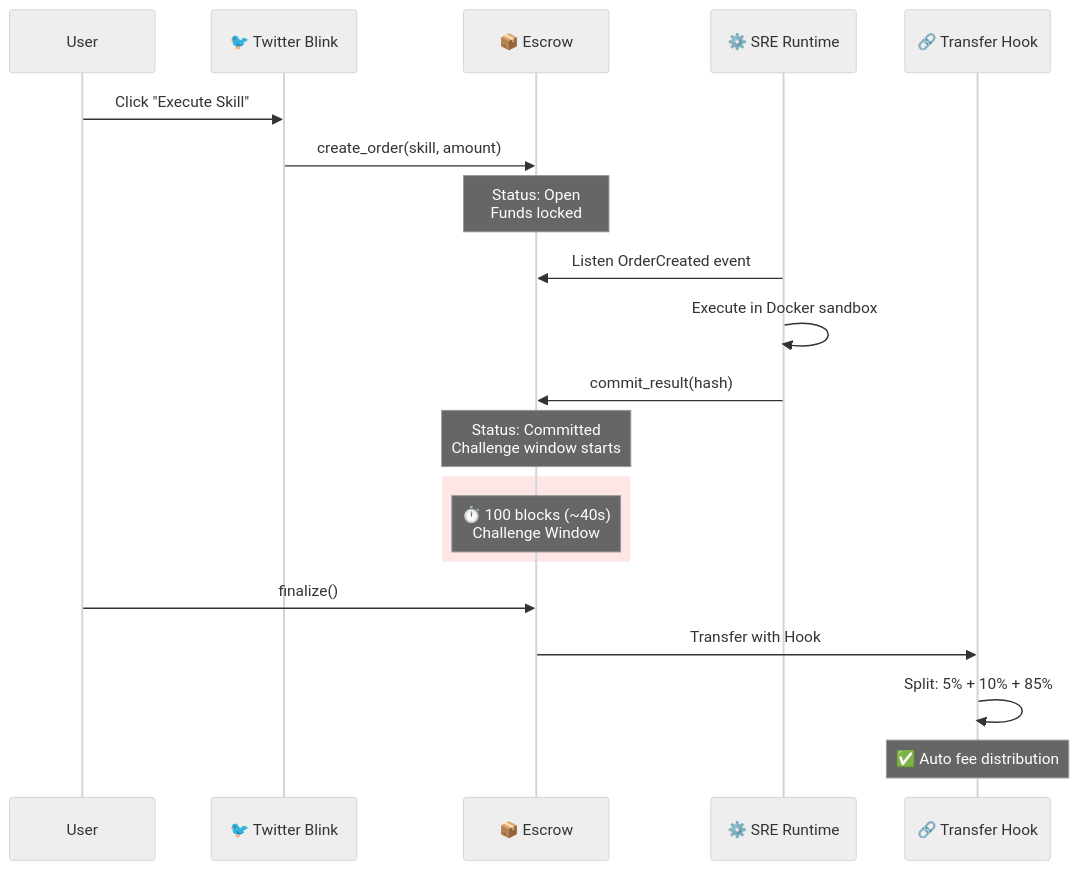
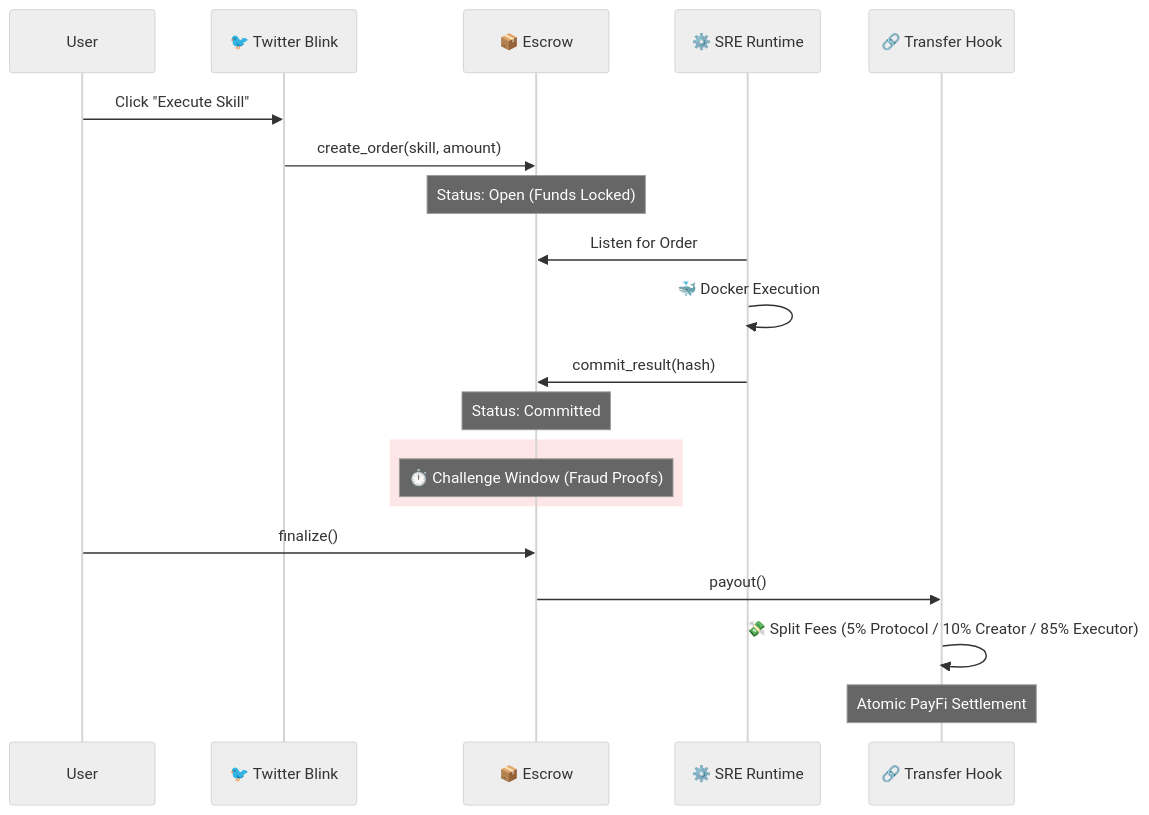
Before and after one commit to w2112515/exo-protocol: the diagram in README.md, drawn with Mermaid (neutral theme). The commit also changed other lines of this file, not shown here.

````diff
--- a/README.md
+++ b/README.md
@@ -41,26 +49,26 @@
 ```mermaid
 sequenceDiagram
     participant User
     participant Blink as 🐦 Twitter Blink
     participant Escrow as 📦 Escrow
     participant SRE as ⚙️ SRE Runtime
     participant Hook as 🔗 Transfer Hook
 
     User->>Blink: Click "Execute Skill"
     Blink->>Escrow: create_order(skill, amount)
-    Note over Escrow: Status: Open<br/>Funds locked
+    Note over Escrow: Status: Open (Funds Locked)
 
-    SRE->>Escrow: Listen OrderCreated event
-    SRE->>SRE: Execute in Docker sandbox
+    SRE->>Escrow: Listen for Order
+    SRE->>SRE: 🐳 Docker Execution
     SRE->>Escrow: commit_result(hash)
-    Note over Escrow: Status: Committed<br/>Challenge window starts
+    Note over Escrow: Status: Committed
 
     rect rgb(255, 230, 230)
-        Note over Escrow: ⏱️ 100 blocks (~40s)<br/>Challenge Window
+        Note over Escrow: ⏱️ Challenge Window (Fraud Proofs)
     end
 
     User->>Escrow: finalize()
-    Escrow->>Hook: Transfer with Hook
-    Hook->>Hook: Split: 5% + 10% + 85%
-    Note over Hook: ✅ Auto fee distribution
+    Escrow->>Hook: payout()
+    Hook->>Hook: 💸 Split Fees (5% Protocol / 10% Creator / 85% Executor)
+    Note over Hook: Atomic PayFi Settlement
 ```
````
